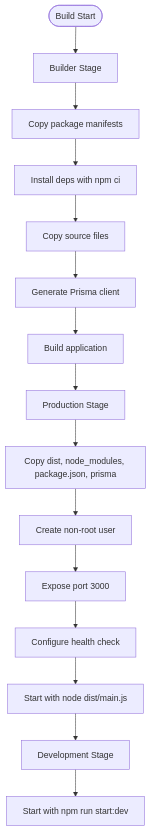
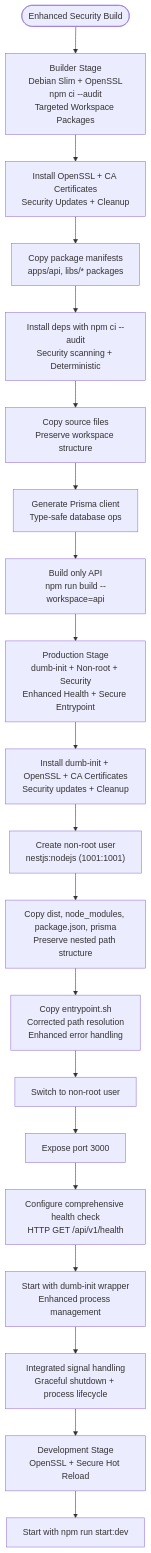
The third of 10 diagrams in .qoder/repowiki/en/content/Deployment and Infrastructure/Docker Containerization.md (Avi-Bendetsky/Quiz-to-build), drawn with Mermaid before and after one commit. The commit also changed other lines of this file and 41 other files, not shown here.

````diff
--- a/.qoder/repowiki/en/content/Deployment and Infrastructure/Docker Containerization.md
+++ b/.qoder/repowiki/en/content/Deployment and Infrastructure/Docker Containerization.md
@@ -158,17 +251,22 @@
 ```mermaid
 flowchart TD
-Start(["Build Start"]) --> StageBuilder["Builder Stage"]
-StageBuilder --> CopyPkgs["Copy package manifests"]
-CopyPkgs --> InstallDeps["Install deps with npm ci"]
-InstallDeps --> CopySrc["Copy source files"]
-CopySrc --> GenClient["Generate Prisma client"]
-GenClient --> BuildApp["Build application"]
-BuildApp --> StageProd["Production Stage"]
-StageProd --> CopyDist["Copy dist, node_modules, package.json, prisma"]
-CopyDist --> CreateUser["Create non-root user"]
-CreateUser --> ExposePort["Expose port 3000"]
-ExposePort --> HealthCheck["Configure health check"]
-HealthCheck --> StartCmd["Start with node dist/main.js"]
-StartCmd --> DevStage["Development Stage"]
+Start(["Enhanced Security Build"]) --> StageBuilder["Builder Stage<br/>Debian Slim + OpenSSL<br/>npm ci --audit<br/>Targeted Workspace Packages"]
+StageBuilder --> InstallOpenSSL["Install OpenSSL + CA Certificates<br/>Security Updates + Cleanup"]
+InstallOpenSSL --> CopyPkgs["Copy package manifests<br/>apps/api, libs/* packages"]
+CopyPkgs --> InstallDeps["Install deps with npm ci --audit<br/>Security scanning + Deterministic"]
+InstallDeps --> CopySrc["Copy source files<br/>Preserve workspace structure"]
+CopySrc --> GenClient["Generate Prisma client<br/>Type-safe database ops"]
+GenClient --> BuildAPI["Build only API<br/>npm run build --workspace=api"]
+BuildAPI --> StageProd["Production Stage<br/>dumb-init + Non-root + Security<br/>Enhanced Health + Secure Entrypoint"]
+StageProd --> InstallDeps2["Install dumb-init + OpenSSL + CA Certificates<br/>Security updates + Cleanup"]
+InstallDeps2 --> CreateUser["Create non-root user<br/>nestjs:nodejs (1001:1001)"]
+CreateUser --> CopyDist["Copy dist, node_modules, package.json, prisma<br/>Preserve nested path structure"]
+CopyDist --> CopyEntrypoint["Copy entrypoint.sh<br/>Corrected path resolution<br/>Enhanced error handling"]
+CopyEntrypoint --> SwitchUser["Switch to non-root user"]
+SwitchUser --> ExposePort["Expose port 3000"]
+ExposePort --> HealthCheck["Configure comprehensive health check<br/>HTTP GET /api/v1/health"]
+HealthCheck --> StartCmd["Start with dumb-init wrapper<br/>Enhanced process management"]
+StartCmd --> SignalHandling["Integrated signal handling<br/>Graceful shutdown + process lifecycle"]
+SignalHandling --> DevStage["Development Stage<br/>OpenSSL + Secure Hot Reload"]
 DevStage --> DevRun["Start with npm run start:dev"]
 ```
````
